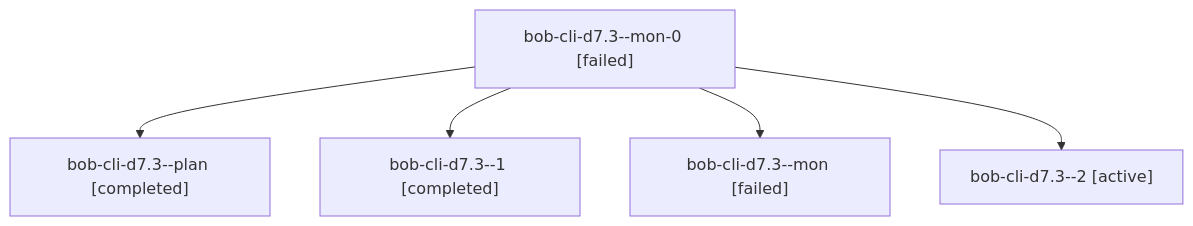
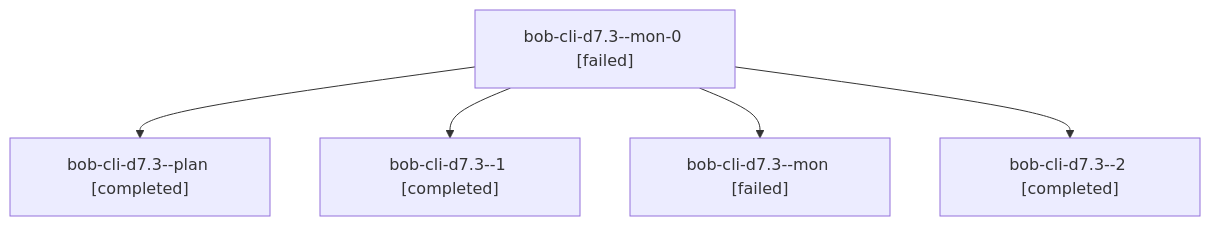
One commit to bobs-org/bob-cli--agents changed the diagram in sessions/bbugyi200.athena.bob-cli-d7.3.md. Above: the diagram before and after it, drawn with Mermaid. The commit also changed other lines of this file and 105 other files, not shown here.

````diff
--- a/sessions/bbugyi200.athena.bob-cli-d7.3.md
+++ b/sessions/bbugyi200.athena.bob-cli-d7.3.md
@@ -9,12 +9,12 @@
 ```mermaid
 flowchart TD
   n0["bob-cli-d7.3--mon-0 [failed]"]
   n1["bob-cli-d7.3--plan [completed]"]
   n0 --> n1
   n2["bob-cli-d7.3--1 [completed]"]
   n0 --> n2
   n3["bob-cli-d7.3--mon [failed]"]
   n0 --> n3
-  n4["bob-cli-d7.3--2 [active]"]
+  n4["bob-cli-d7.3--2 [completed]"]
   n0 --> n4
 ```
````
